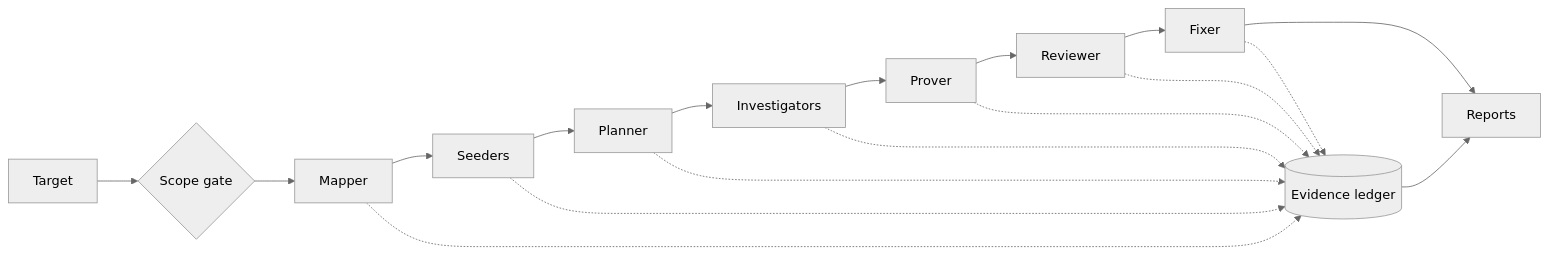
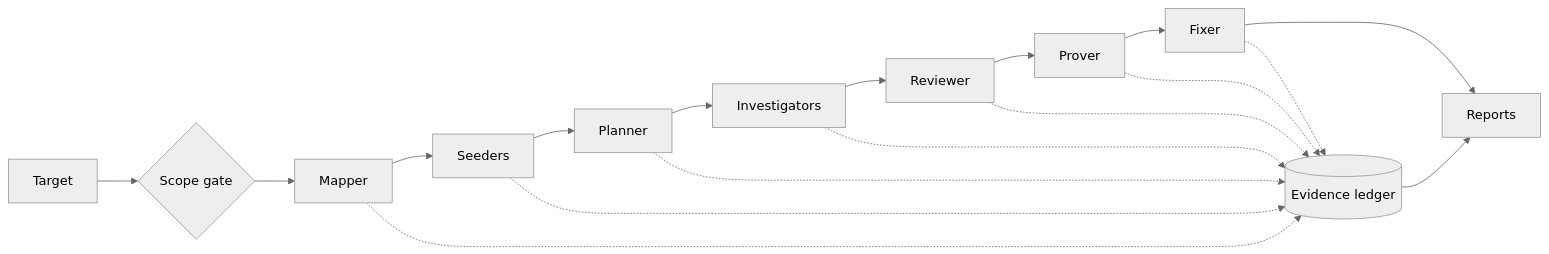
The diagram in README.md (TMHSDigital/Spackle), drawn with Mermaid (neutral theme) before and after one commit. The commit also changed other lines of this file and 51 other files, not shown here.

````diff
--- a/README.md
+++ b/README.md
@@ -46,14 +114,14 @@
 ```mermaid
 flowchart LR
     T[Target] --> G{Scope gate}
     G --> M[Mapper]
     M --> S[Seeders]
     S --> P[Planner]
     P --> I[Investigators]
-    I --> X[Prover]
-    X --> R[Reviewer]
-    R --> F[Fixer]
+    I --> R[Reviewer]
+    R --> X[Prover]
+    X --> F[Fixer]
     F --> O[Reports]
-    M & S & P & I & X & R & F -.-> L[(Evidence ledger)]
+    M & S & P & I & R & X & F -.-> L[(Evidence ledger)]
     L --> O
 ```
````
